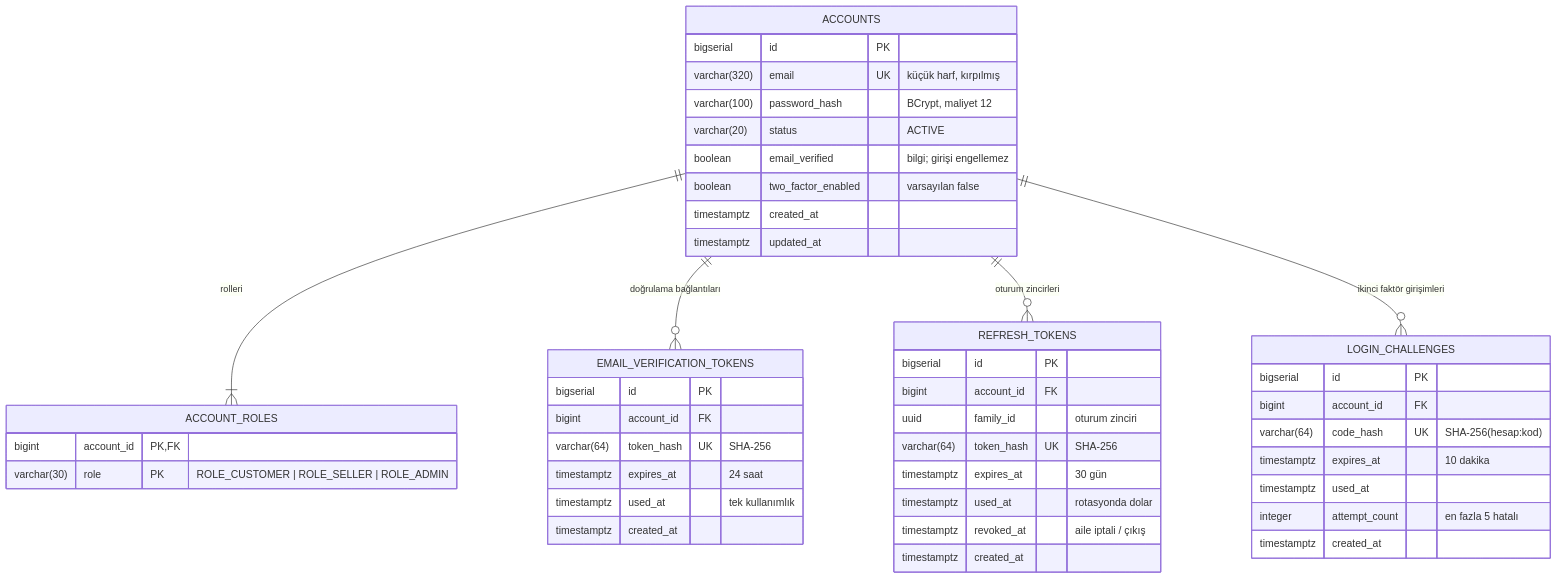
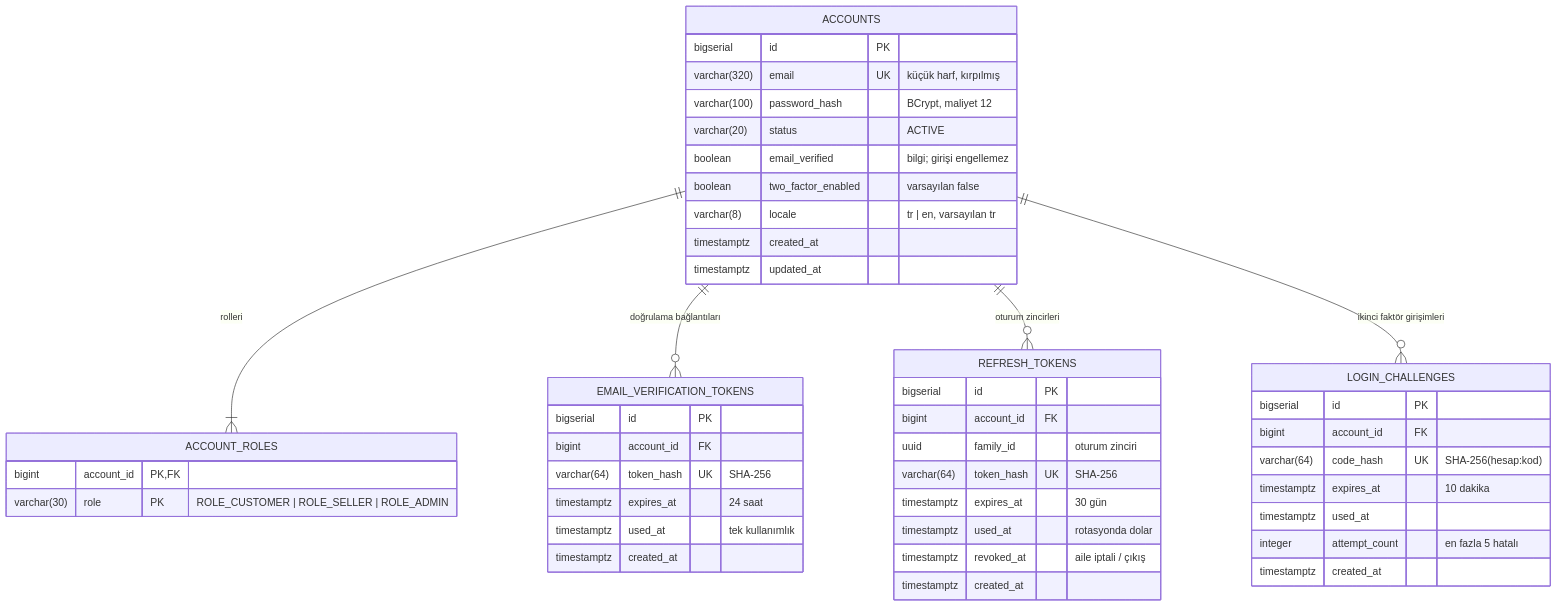
The second of 2 diagrams in docs/reference/01-domain-model.md (sertacozmen1/bahceden), drawn with Mermaid before and after one commit. The commit also changed other lines of this file and 102 other files, not shown here.

````diff
--- a/docs/reference/01-domain-model.md
+++ b/docs/reference/01-domain-model.md
@@ -107,53 +107,54 @@
 ```mermaid
 erDiagram
     ACCOUNTS ||--|{ ACCOUNT_ROLES : "rolleri"
     ACCOUNTS ||--o{ EMAIL_VERIFICATION_TOKENS : "doğrulama bağlantıları"
     ACCOUNTS ||--o{ REFRESH_TOKENS : "oturum zincirleri"
     ACCOUNTS ||--o{ LOGIN_CHALLENGES : "ikinci faktör girişimleri"
 
     ACCOUNTS {
         bigserial id PK
         varchar(320) email UK "küçük harf, kırpılmış"
         varchar(100) password_hash "BCrypt, maliyet 12"
         varchar(20) status "ACTIVE"
         boolean email_verified "bilgi; girişi engellemez"
         boolean two_factor_enabled "varsayılan false"
+        varchar(8) locale "tr | en, varsayılan tr"
         timestamptz created_at
         timestamptz updated_at
     }
 
     ACCOUNT_ROLES {
         bigint account_id PK,FK
         varchar(30) role PK "ROLE_CUSTOMER | ROLE_SELLER | ROLE_ADMIN"
     }
 
     EMAIL_VERIFICATION_TOKENS {
         bigserial id PK
         bigint account_id FK
         varchar(64) token_hash UK "SHA-256"
         timestamptz expires_at "24 saat"
         timestamptz used_at "tek kullanımlık"
         timestamptz created_at
     }
 
     REFRESH_TOKENS {
         bigserial id PK
         bigint account_id FK
         uuid family_id "oturum zinciri"
         varchar(64) token_hash UK "SHA-256"
         timestamptz expires_at "30 gün"
         timestamptz used_at "rotasyonda dolar"
         timestamptz revoked_at "aile iptali / çıkış"
         timestamptz created_at
     }
 
     LOGIN_CHALLENGES {
         bigserial id PK
         bigint account_id FK
         varchar(64) code_hash UK "SHA-256(hesap:kod)"
         timestamptz expires_at "10 dakika"
         timestamptz used_at
         integer attempt_count "en fazla 5 hatalı"
         timestamptz created_at
     }
 ```
````
